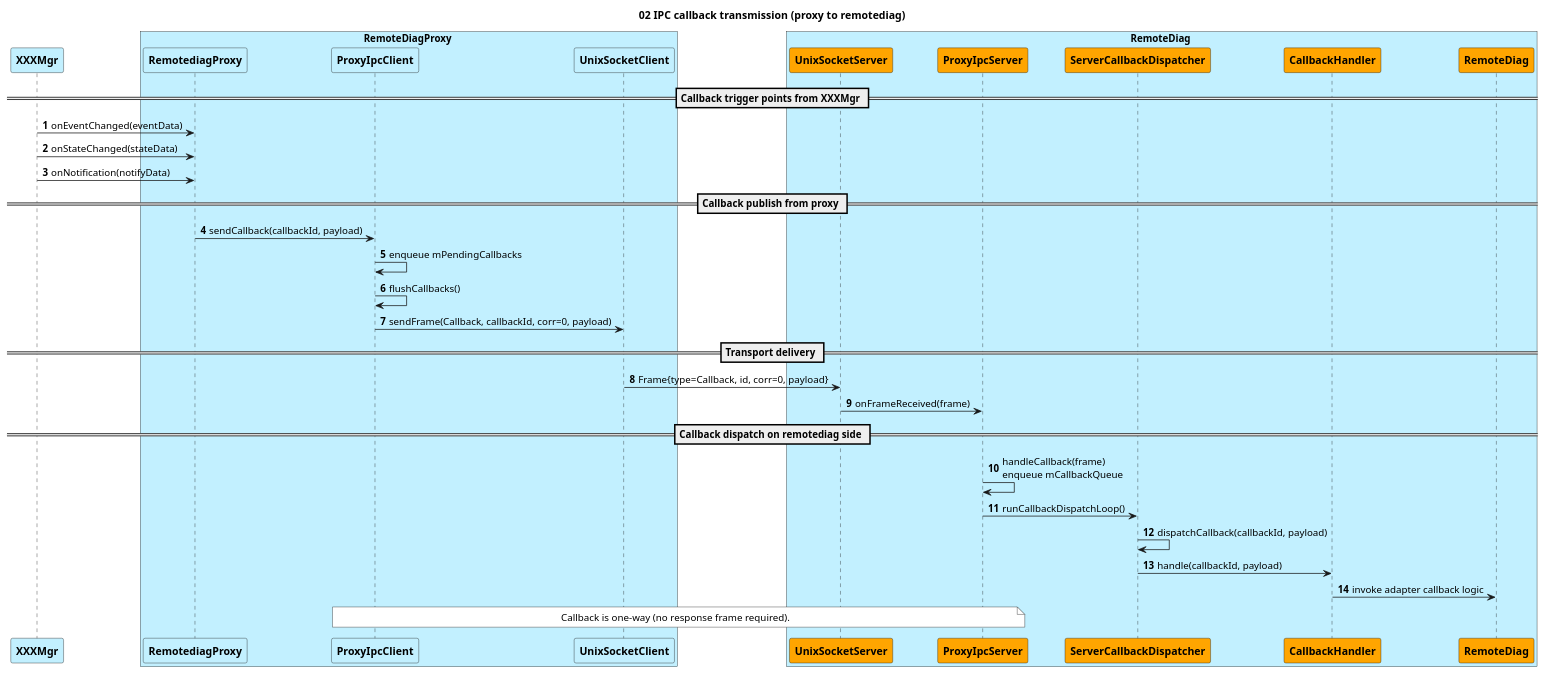
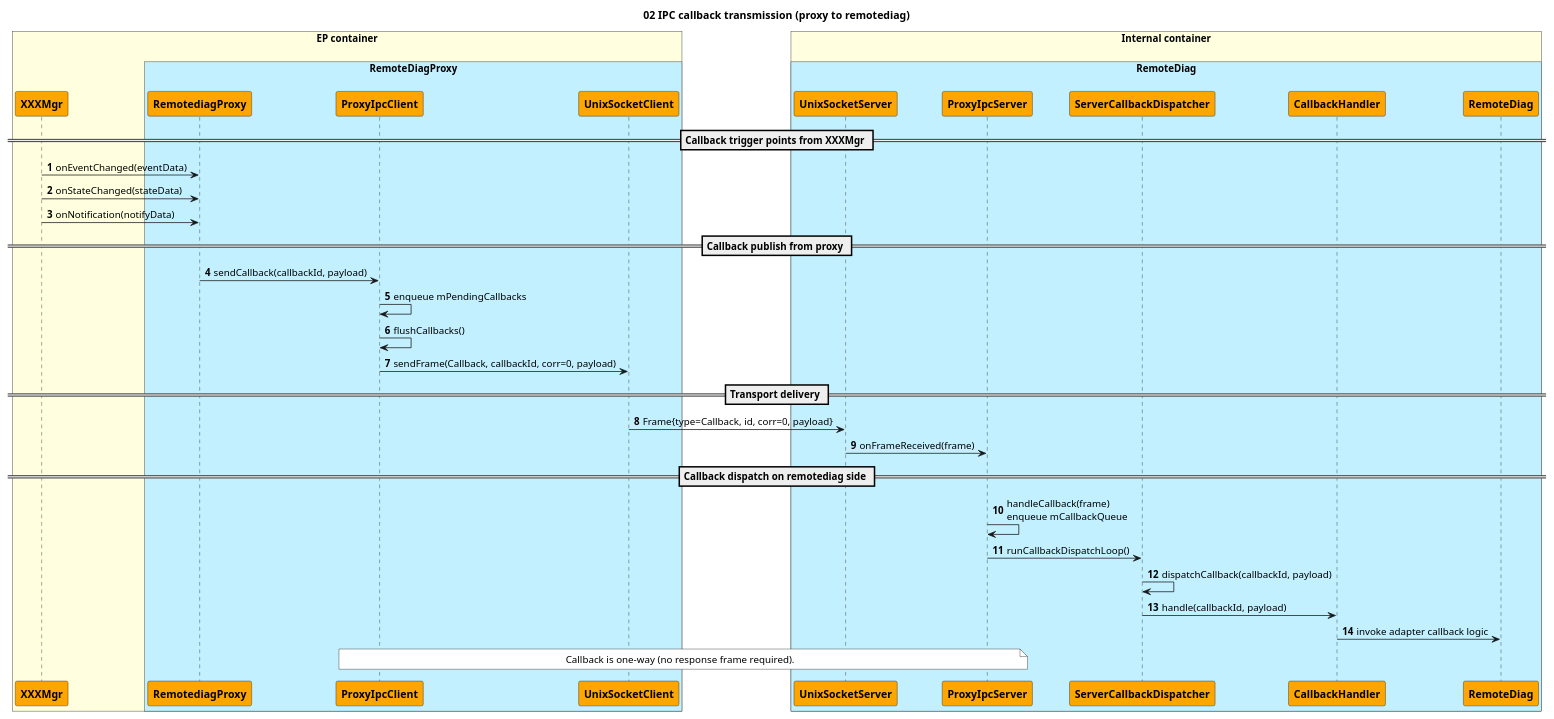
The diagram in design/fe_code/13-02 IPC callback transmission (proxy to remotediag).puml (btqt/fe), drawn with PlantUML before and after one commit. The commit also changed 9 other files, not shown here.

```diff
--- a/design/fe_code/13-02 IPC callback transmission (proxy to remotediag).puml
+++ b/design/fe_code/13-02 IPC callback transmission (proxy to remotediag).puml
@@ -1,49 +1,55 @@
 @startuml IPC callback transmission (proxy to remotediag)
 
 title 02 IPC callback transmission (proxy to remotediag)
-' !pragma teoz true
+!pragma teoz true
 
 autonumber
 
-    participant "<b>XXXMgr" as XXX #Application
-box RemoteDiagProxy #Application
-    participant "<b>RemotediagProxy" as PROXY #Application
-    participant "<b>ProxyIpcClient" as CLI #Application
-    participant "<b>UnixSocketClient" as USC #Application
-endbox
+    box "EP container\n" #LightYellow
+        participant "<b>XXXMgr" as XXX #Orange
 
-box RemoteDiag #Application
-    participant "<b>UnixSocketServer" as USS #Orange
-    participant "<b>ProxyIpcServer" as SRV #Orange
-    participant "<b>ServerCallbackDispatcher" as SRV_DISP #Orange
-    participant "<b>CallbackHandler" as SRV_CB_HDL #Orange
-    participant "<b>RemoteDiag" as RDG #Orange
-endbox
+        box "RemoteDiagProxy\n" #Application
+            participant "<b>RemotediagProxy" as PROXY #Orange
+            participant "<b>ProxyIpcClient" as CLI #Orange
+            participant "<b>UnixSocketClient" as USC #Orange
+        endbox
+        
+    endbox
+
+    box "Internal container\n" #LightYellow
+        box "RemoteDiag\n" #Application
+            participant "<b>UnixSocketServer" as USS #Orange
+            participant "<b>ProxyIpcServer" as SRV #Orange
+            participant "<b>ServerCallbackDispatcher" as SRV_DISP #Orange
+            participant "<b>CallbackHandler" as SRV_CB_HDL #Orange
+            participant "<b>RemoteDiag" as RDG #Orange
+        endbox
+    endbox
 
 == Callback trigger points from XXXMgr ==
 XXX->PROXY: onEventChanged(eventData)
 XXX->PROXY: onStateChanged(stateData)
 XXX->PROXY: onNotification(notifyData)
 
 == Callback publish from proxy ==
 PROXY->CLI: sendCallback(callbackId, payload)
 CLI->CLI: enqueue mPendingCallbacks
 CLI->CLI: flushCallbacks()
 CLI->USC: sendFrame(Callback, callbackId, corr=0, payload)
 
 == Transport delivery ==
 USC->USS: Frame{type=Callback, id, corr=0, payload}
 USS->SRV: onFrameReceived(frame)
 
 == Callback dispatch on remotediag side ==
 SRV->SRV: handleCallback(frame)\nenqueue mCallbackQueue
 SRV->SRV_DISP: runCallbackDispatchLoop()
 SRV_DISP->SRV_DISP: dispatchCallback(callbackId, payload)
 SRV_DISP->SRV_CB_HDL: handle(callbackId, payload)
 SRV_CB_HDL->RDG: invoke adapter callback logic
 
 note over CLI,SRV #White
 Callback is one-way (no response frame required).
 end note
 
 @enduml
```
